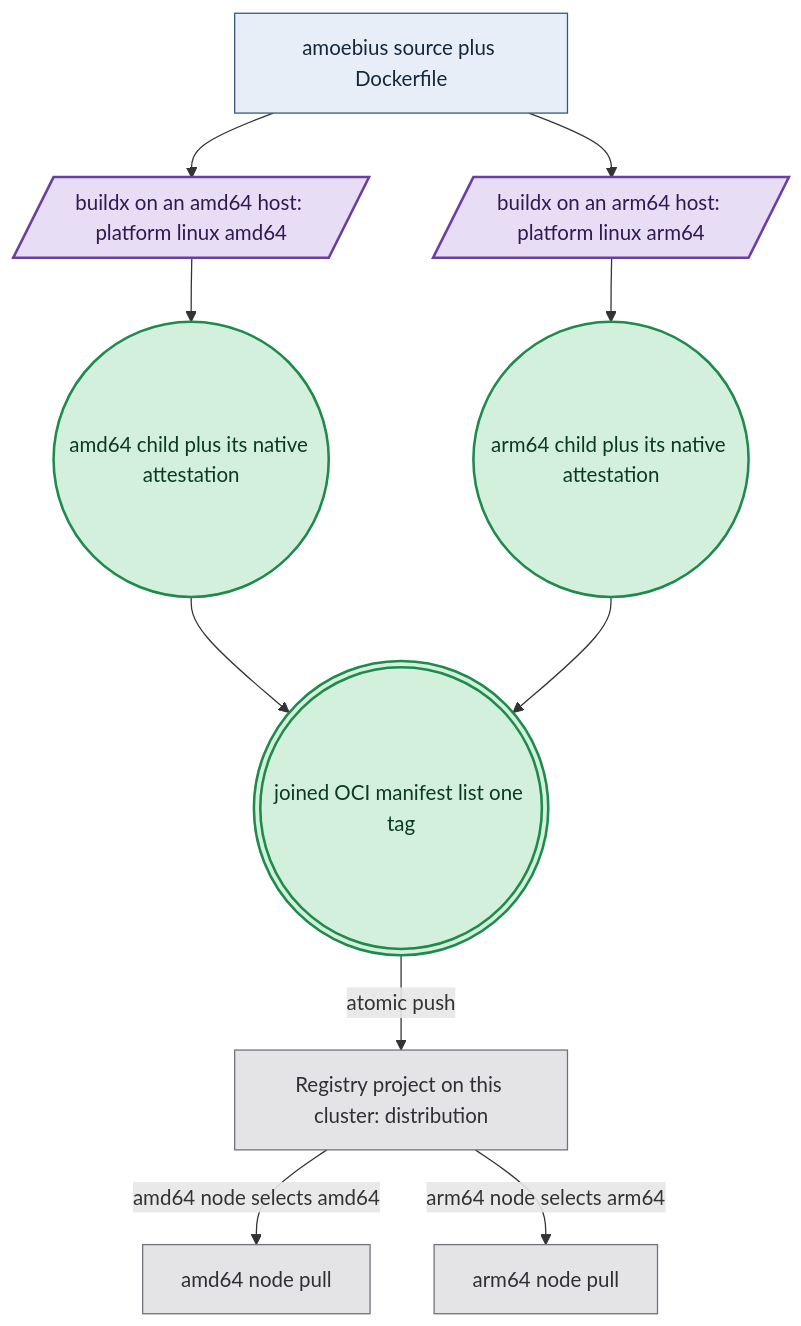
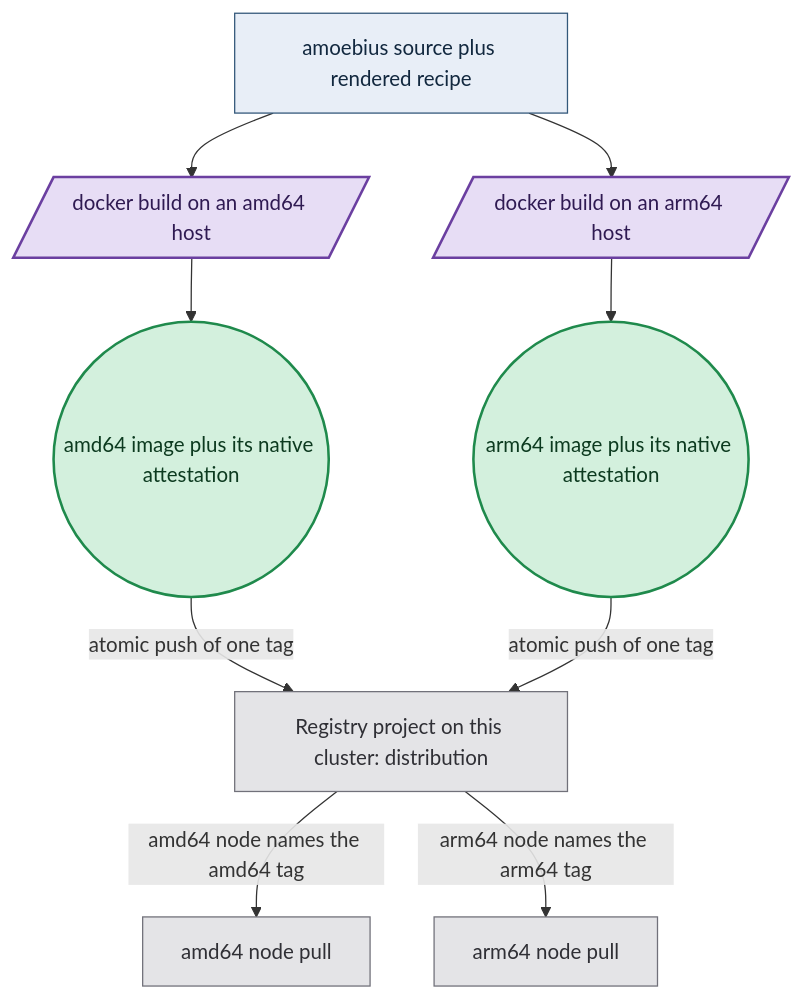
One commit to Tuee22/amoebius changed the second of 2 diagrams in documents/engineering/image_build_doctrine.md. Above: the diagram before and after it, drawn with Mermaid. The commit also changed other lines of this file and 381 other files, not shown here.

````diff
--- a/documents/engineering/image_build_doctrine.md
+++ b/documents/engineering/image_build_doctrine.md
@@ -166,17 +202,16 @@
 ```mermaid
 flowchart TD
 %% register: algebra
-  src["amoebius source plus Dockerfile"]:::intent --> bxa[/"buildx on an amd64 host: platform linux amd64"/]:::effect
-  src --> bxb[/"buildx on an arm64 host: platform linux arm64"/]:::effect
-  bxa --> ata(("amd64 child plus its native attestation")):::seal
-  bxb --> atb(("arm64 child plus its native attestation")):::seal
-  ata --> ml((("joined OCI manifest list one tag"))):::seal
-  atb --> ml
-  ml -->|atomic push| reg["Registry project on this cluster: distribution"]:::runtime
-  reg -->|amd64 node selects amd64| amd["amd64 node pull"]:::runtime
-  reg -->|arm64 node selects arm64| arm["arm64 node pull"]:::runtime
+  src["amoebius source plus rendered recipe"]:::intent --> bxa[/"docker build on an amd64 host"/]:::effect
+  src --> bxb[/"docker build on an arm64 host"/]:::effect
+  bxa --> ata(("amd64 image plus its native attestation")):::seal
+  bxb --> atb(("arm64 image plus its native attestation")):::seal
+  ata -->|atomic push of one tag| reg["Registry project on this cluster: distribution"]:::runtime
+  atb -->|atomic push of one tag| reg
+  reg -->|amd64 node names the amd64 tag| amd["amd64 node pull"]:::runtime
+  reg -->|arm64 node names the arm64 tag| arm["arm64 node pull"]:::runtime
   classDef intent   fill:#e8eef7,stroke:#33587a,color:#12283f,stroke-width:1px
   classDef effect   fill:#e7ddf5,stroke:#6b3fa0,color:#2f1a52,stroke-width:2px
   classDef seal     fill:#d3f0dd,stroke:#1f8a4c,color:#0c3a1f,stroke-width:2px
   classDef runtime  fill:#e4e4e7,stroke:#71717a,color:#2f2f35,stroke-width:1px
 ```
````
